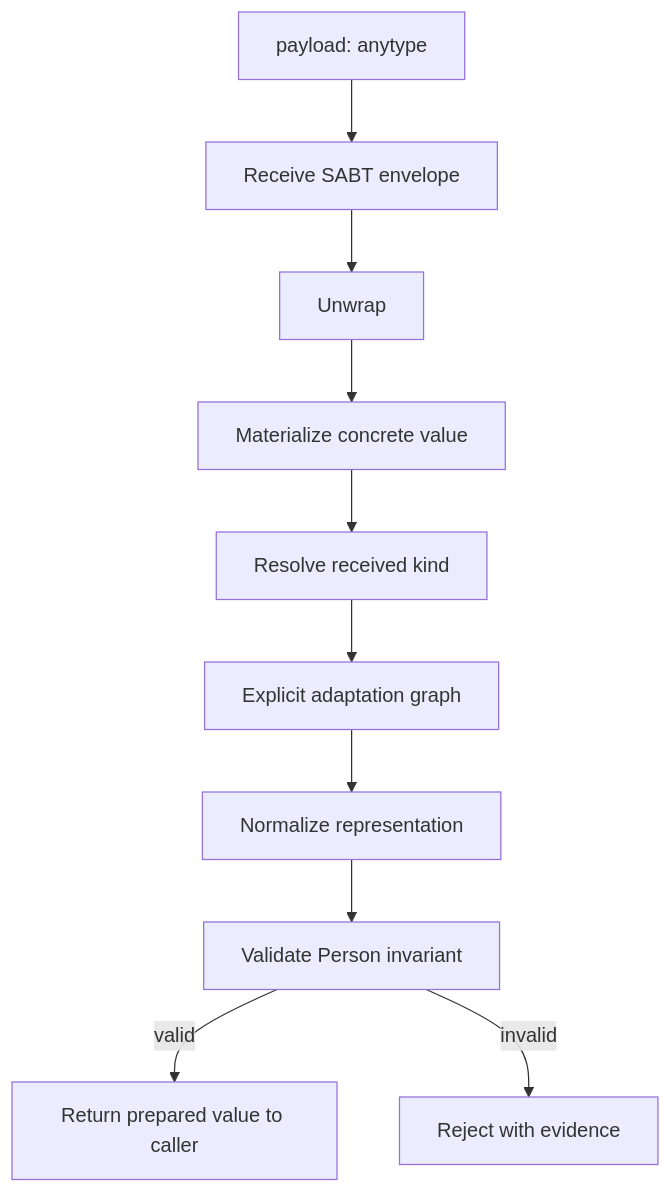
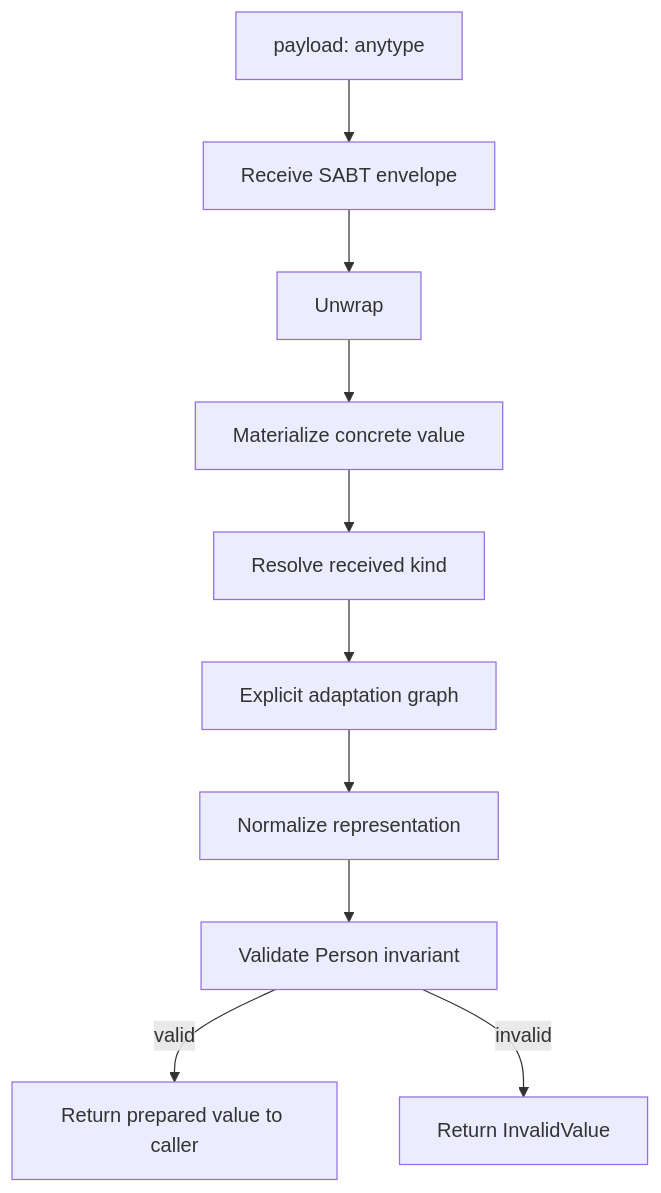
Before and after one commit to suissa/ChappieTestsProducer: the first of 2 diagrams in docs/SABT-PERSON-MATERIALIZATION.md, drawn with Mermaid. The commit also changed other lines of this file, not shown here.

````diff
--- a/docs/SABT-PERSON-MATERIALIZATION.md
+++ b/docs/SABT-PERSON-MATERIALIZATION.md
@@ -7,12 +7,12 @@
 ```mermaid
 flowchart TD
     A["payload: anytype"] --> B["Receive SABT envelope"]
     B --> C["Unwrap"]
     C --> D["Materialize concrete value"]
     D --> E["Resolve received kind"]
     E --> F["Explicit adaptation graph"]
     F --> G["Normalize representation"]
     G --> H["Validate Person invariant"]
     H -->|valid| I["Return prepared value to caller"]
-    H -->|invalid| J["Reject with evidence"]
+    H -->|invalid| J["Return InvalidValue"]
 ```
````
